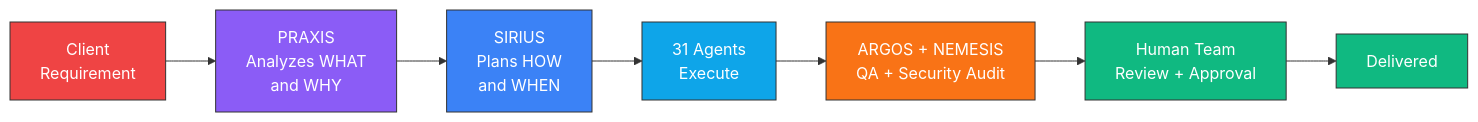
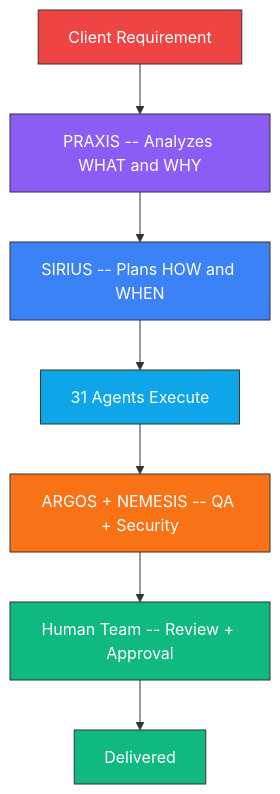
The first of 3 diagrams in README.md (soulcore-dev/soulcore-dev), drawn with Mermaid before and after one commit. The commit also changed other lines of this file, not shown here.

Commit message:
v4 - compact, vertical Mermaid, clean

````diff
--- a/README.md
+++ b/README.md
@@ -27,17 +22,17 @@
 ```mermaid
-flowchart LR
-    C["Client\nRequirement"] --> P["PRAXIS\nAnalyzes WHAT\nand WHY"]
-    P --> S["SIRIUS\nPlans HOW\nand WHEN"]
-    S --> E["31 Agents\nExecute"]
-    E --> A["ARGOS + NEMESIS\nQA + Security Audit"]
-    A --> H["Human Team\nReview + Approval"]
+flowchart TB
+    C["Client Requirement"] --> P["PRAXIS -- Analyzes WHAT and WHY"]
+    P --> S["SIRIUS -- Plans HOW and WHEN"]
+    S --> E["31 Agents Execute"]
+    E --> A["ARGOS + NEMESIS -- QA + Security"]
+    A --> H["Human Team -- Review + Approval"]
     H --> D["Delivered"]
 
     style C fill:#ef4444,stroke:#333,color:#fff
     style P fill:#8b5cf6,stroke:#333,color:#fff
     style S fill:#3b82f6,stroke:#333,color:#fff
     style E fill:#0ea5e9,stroke:#333,color:#fff
     style A fill:#f97316,stroke:#333,color:#fff
     style H fill:#10b981,stroke:#333,color:#fff
     style D fill:#10b981,stroke:#333,color:#fff
 ```
````
